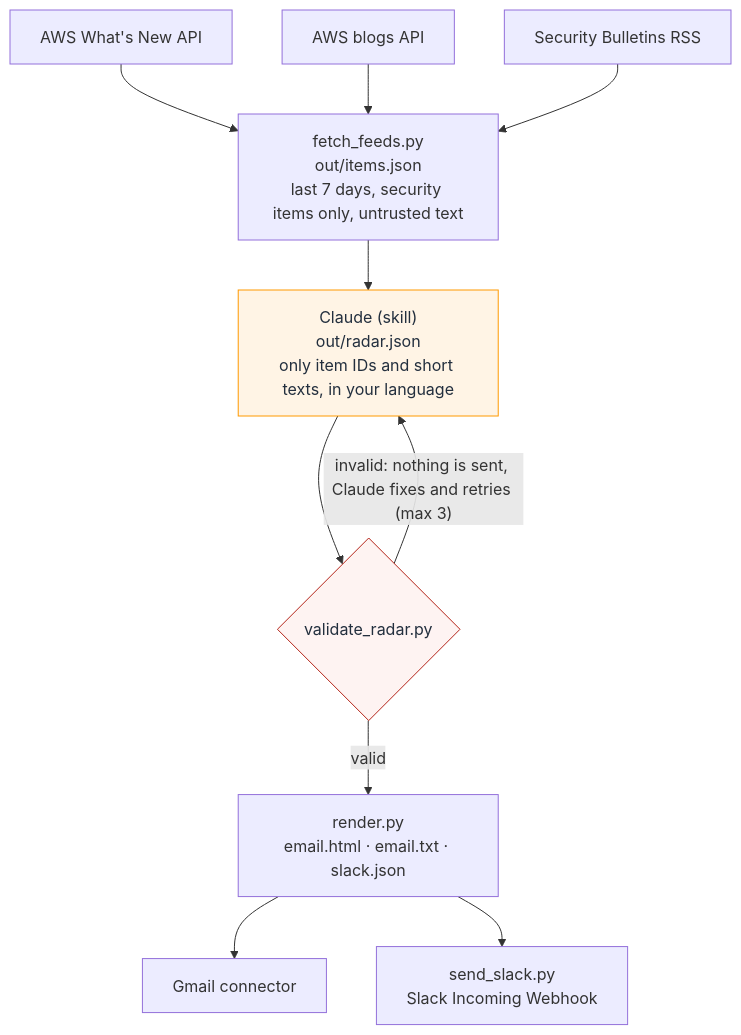
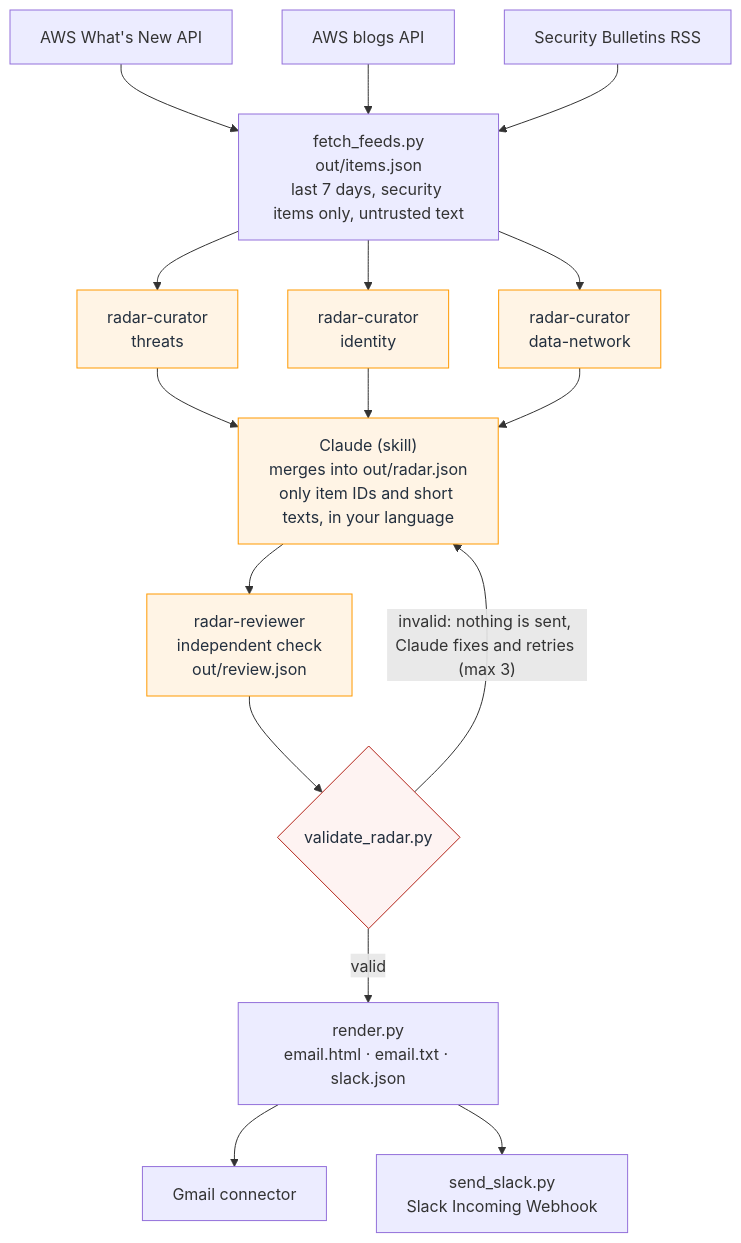
One commit to g1c4buMm/aws-security-launch-radar-latam changed the diagram in README.md. Above: the diagram before and after it, drawn with Mermaid. The commit also changed other lines of this file and 7 other files, not shown here.

First line of the commit message:
Multi-agent curation: 3 parallel radar-curator subagents and an independent radar-reviewer

````diff
--- a/README.md
+++ b/README.md
@@ -207,16 +209,20 @@
 ```mermaid
 flowchart TD
     A["AWS What's New API"] --> F
     B["AWS blogs API"] --> F
     C["Security Bulletins RSS"] --> F
-    F["fetch_feeds.py<br/>out/items.json<br/>last 7 days, security items only, untrusted text"] --> L
-    L["Claude (skill)<br/>out/radar.json<br/>only item IDs and short texts, in your language"] --> V
+    F["fetch_feeds.py<br/>out/items.json<br/>last 7 days, security items only, untrusted text"] --> C1 & C2 & C3
+    C1["radar-curator<br/>threats"] --> L
+    C2["radar-curator<br/>identity"] --> L
+    C3["radar-curator<br/>data-network"] --> L
+    L["Claude (skill)<br/>merges into out/radar.json<br/>only item IDs and short texts, in your language"] --> RV
+    RV["radar-reviewer<br/>independent check<br/>out/review.json"] --> V
     V{"validate_radar.py"} -- valid --> R["render.py<br/>email.html · email.txt · slack.json"]
     V -- "invalid: nothing is sent, Claude fixes and retries (max 3)" --> L
     R --> G["Gmail connector"]
     R --> S["send_slack.py<br/>Slack Incoming Webhook"]
     classDef ai fill:#fff4e5,stroke:#ff9900,color:#232f3e
     classDef gate fill:#fef3f2,stroke:#b42318,color:#232f3e
-    class L ai
+    class L,C1,C2,C3,RV ai
     class V gate
 ```
````
